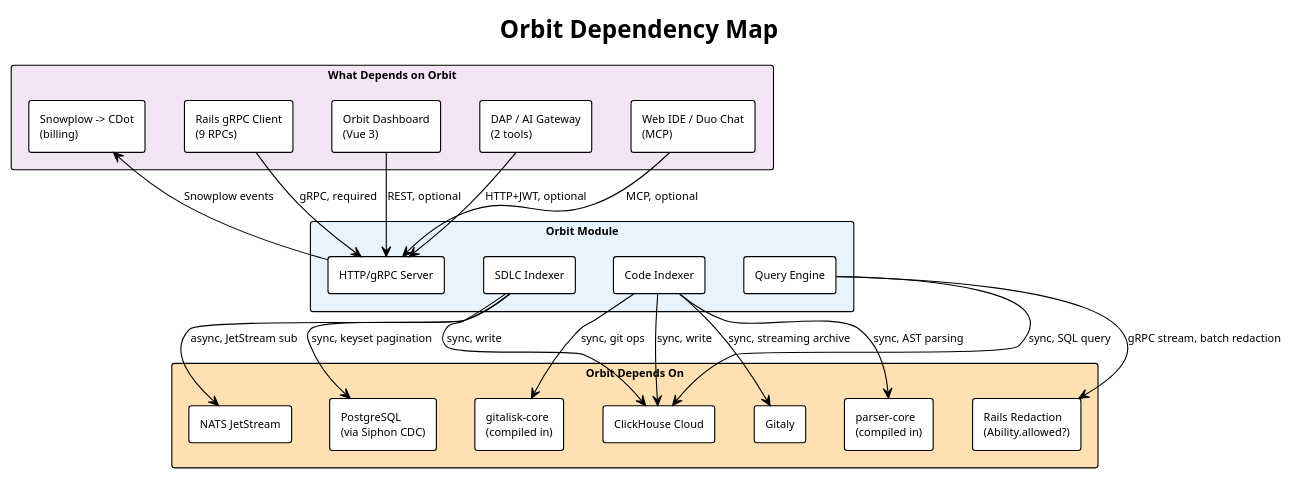
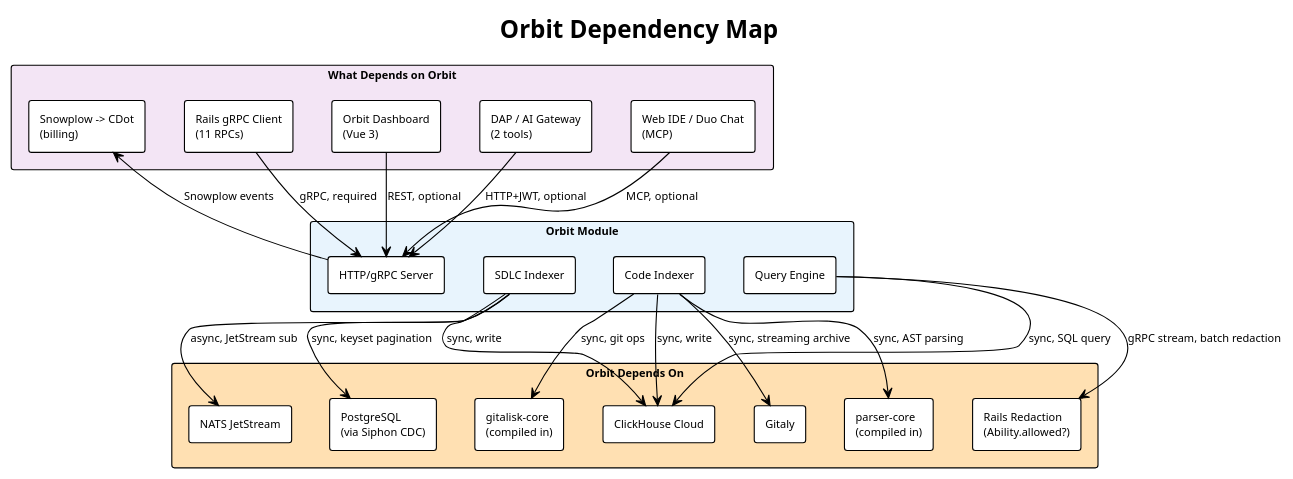
The diagram in docs/design_review/puml/orbit_dependencies.puml (gitlabhq/orbit-knowledge-graph), drawn with PlantUML before and after one commit. The commit also changed 25 other files, not shown here.

```diff
--- a/docs/design_review/puml/orbit_dependencies.puml
+++ b/docs/design_review/puml/orbit_dependencies.puml
@@ -1,52 +1,52 @@
 @startuml orbit_dependencies
 !theme plain
 skinparam backgroundColor #FFFFFF
 skinparam defaultFontSize 10
 skinparam componentStyle rectangle
 
 title Orbit Dependency Map
 
 rectangle "Orbit Module" as orbit #E8F4FD {
   component "SDLC Indexer" as sdlc
   component "Code Indexer" as code
   component "Query Engine" as qe
   component "HTTP/gRPC Server" as http
 }
 
 rectangle "Orbit Depends On" as deps #FFE0B2 {
   component "ClickHouse Cloud" as ch
   component "NATS JetStream" as nats
   component "Gitaly" as gitaly
   component "PostgreSQL\n(via Siphon CDC)" as pg
   component "Rails Redaction\n(Ability.allowed?)" as redact
   component "parser-core\n(compiled in)" as parser
   component "gitalisk-core\n(compiled in)" as gitalisk
 }
 
 rectangle "What Depends on Orbit" as consumers #F3E5F5 {
-  component "Rails gRPC Client\n(9 RPCs)" as grpc
+  component "Rails gRPC Client\n(11 RPCs)" as grpc
   component "Orbit Dashboard\n(Vue 3)" as dash
   component "DAP / AI Gateway\n(2 tools)" as dap
   component "Web IDE / Duo Chat\n(MCP)" as ide
   component "Snowplow -> CDot\n(billing)" as billing
 }
 
 ' Dependencies
 sdlc --> pg : "sync, keyset pagination"
 sdlc --> nats : "async, JetStream sub"
 sdlc --> ch : "sync, write"
 code --> gitaly : "sync, streaming archive"
 code --> parser : "sync, AST parsing"
 code --> gitalisk : "sync, git ops"
 code --> ch : "sync, write"
 qe --> ch : "sync, SQL query"
 qe --> redact : "gRPC stream, batch redaction"
 
 ' Consumers
 grpc --> http : "gRPC, required"
 dash --> http : "REST, optional"
 dap --> http : "HTTP+JWT, optional"
 ide --> http : "MCP, optional"
 http --> billing : "Snowplow events"
 
 @enduml
```
